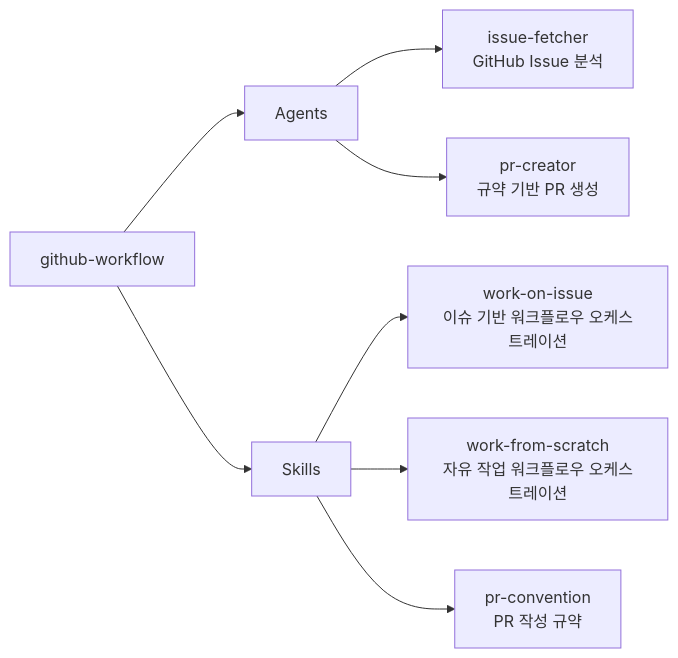
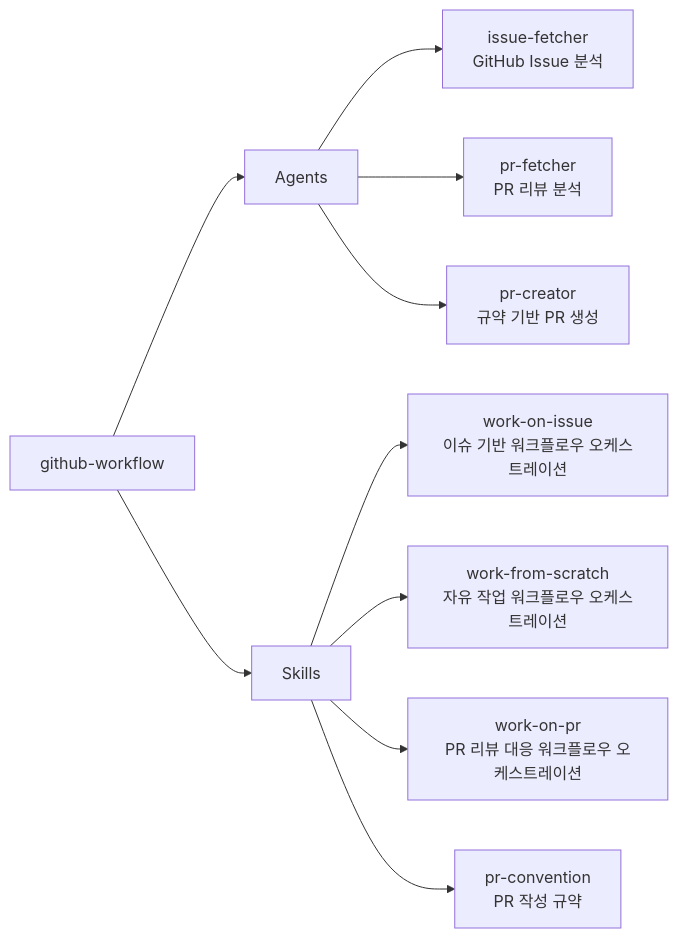
Before and after one commit to iamhoonse-dev/hoonse-claude-plugins: the diagram in plugins/github-workflow/README.md, drawn with Mermaid. The commit also changed other lines of this file and 3 other files, not shown here.

````diff
--- a/plugins/github-workflow/README.md
+++ b/plugins/github-workflow/README.md
@@ -7,12 +7,14 @@
 ```mermaid
 graph LR
     A[github-workflow] --> C[Agents]
     A --> D[Skills]
 
     C --> C1[issue-fetcher<br/>GitHub Issue 분석]
-    C --> C2[pr-creator<br/>규약 기반 PR 생성]
+    C --> C2[pr-fetcher<br/>PR 리뷰 분석]
+    C --> C3[pr-creator<br/>규약 기반 PR 생성]
 
     D --> D1[work-on-issue<br/>이슈 기반 워크플로우 오케스트레이션]
     D --> D2[work-from-scratch<br/>자유 작업 워크플로우 오케스트레이션]
-    D --> D3[pr-convention<br/>PR 작성 규약]
+    D --> D3[work-on-pr<br/>PR 리뷰 대응 워크플로우 오케스트레이션]
+    D --> D4[pr-convention<br/>PR 작성 규약]
 ```
````
